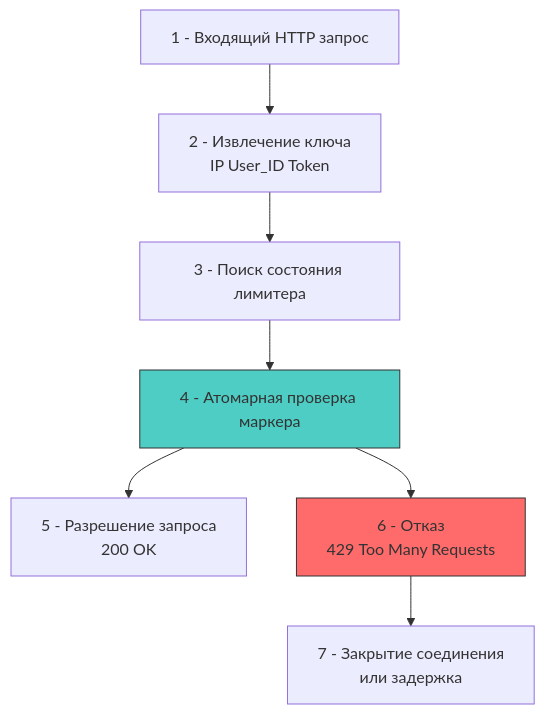
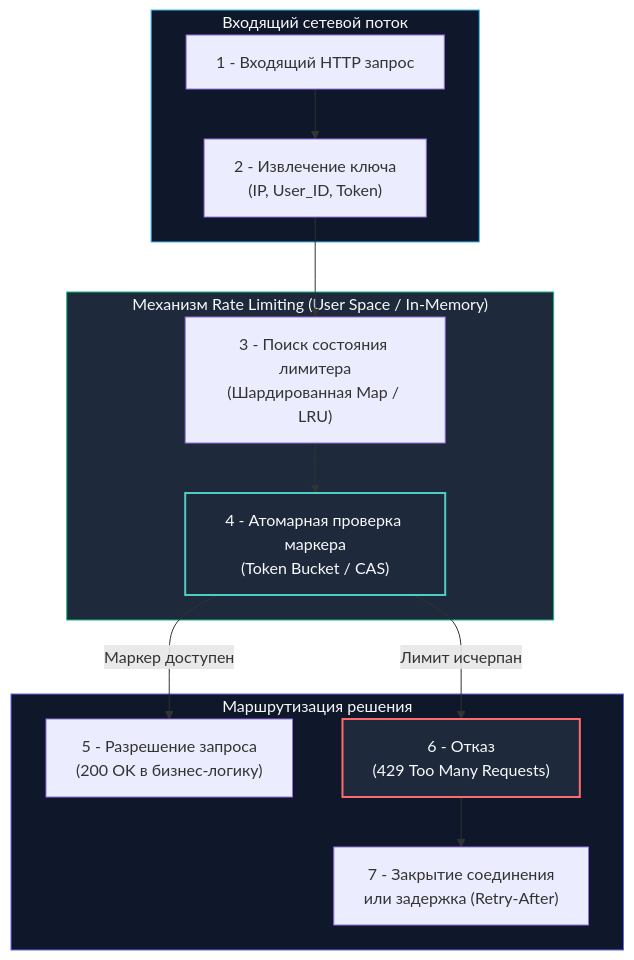
Before and after one commit to UnrealTemplier/go-textbook: the diagram in sources/17. Безопасность (AppSec в Go)/05. Безопасность API/2. Rate limiting.md, drawn with Mermaid. The commit also changed other lines of this file, not shown here.

Commit message:
feat(module-17): editorial rewrite of 05.2 Rate limiting in Kernighan style

````diff
--- a/sources/17. Безопасность (AppSec в Go)/05. Безопасность API/2. Rate limiting.md
+++ b/sources/17. Безопасность (AppSec в Go)/05. Безопасность API/2. Rate limiting.md
@@ -7,12 +13,23 @@
 ```mermaid
 flowchart TD
-    A["1 - Входящий HTTP запрос"] --> B["2 - Извлечение ключа<br>IP User_ID Token"]
-    B --> C["3 - Поиск состояния лимитера"]
-    C --> D["4 - Атомарная проверка маркера"]
-    D --> E["5 - Разрешение запроса<br>200 OK"]
-    D --> F["6 - Отказ<br>429 Too Many Requests"]
-    F --> G["7 - Закрытие соединения<br>или задержка"]
-    
-    style D fill:#4ecdc4,stroke:#333
-    style F fill:#ff6b6b,stroke:#333
+    subgraph Ingress["Входящий сетевой поток"]
+        A["1 - Входящий HTTP запрос"] --> B["2 - Извлечение ключа<br/>(IP, User_ID, Token)"]
+    end
+
+    subgraph Limiter["Механизм Rate Limiting (User Space / In-Memory)"]
+        B --> C["3 - Поиск состояния лимитера<br/>(Шардированная Map / LRU)"]
+        C --> D["4 - Атомарная проверка маркера<br/>(Token Bucket / CAS)"]
+    end
+
+    subgraph Decision["Маршрутизация решения"]
+        D -->|"Маркер доступен"| E["5 - Разрешение запроса<br/>(200 OK в бизнес-логику)"]
+        D -->|"Лимит исчерпан"| F["6 - Отказ<br/>(429 Too Many Requests)"]
+        F --> G["7 - Закрытие соединения<br/>или задержка (Retry-After)"]
+    end
+
+    style Ingress fill:#0f172a,stroke:#38bdf8,stroke-width:1px,color:#f8fafc
+    style Limiter fill:#1e293b,stroke:#10b981,stroke-width:1px,color:#f8fafc
+    style Decision fill:#0f172a,stroke:#6366f1,stroke-width:1px,color:#f8fafc
+    style D fill:#1e293b,stroke:#4ecdc4,stroke-width:2px,color:#f8fafc
+    style F fill:#1e293b,stroke:#ff6b6b,stroke-width:2px,color:#f8fafc
 ```
````
